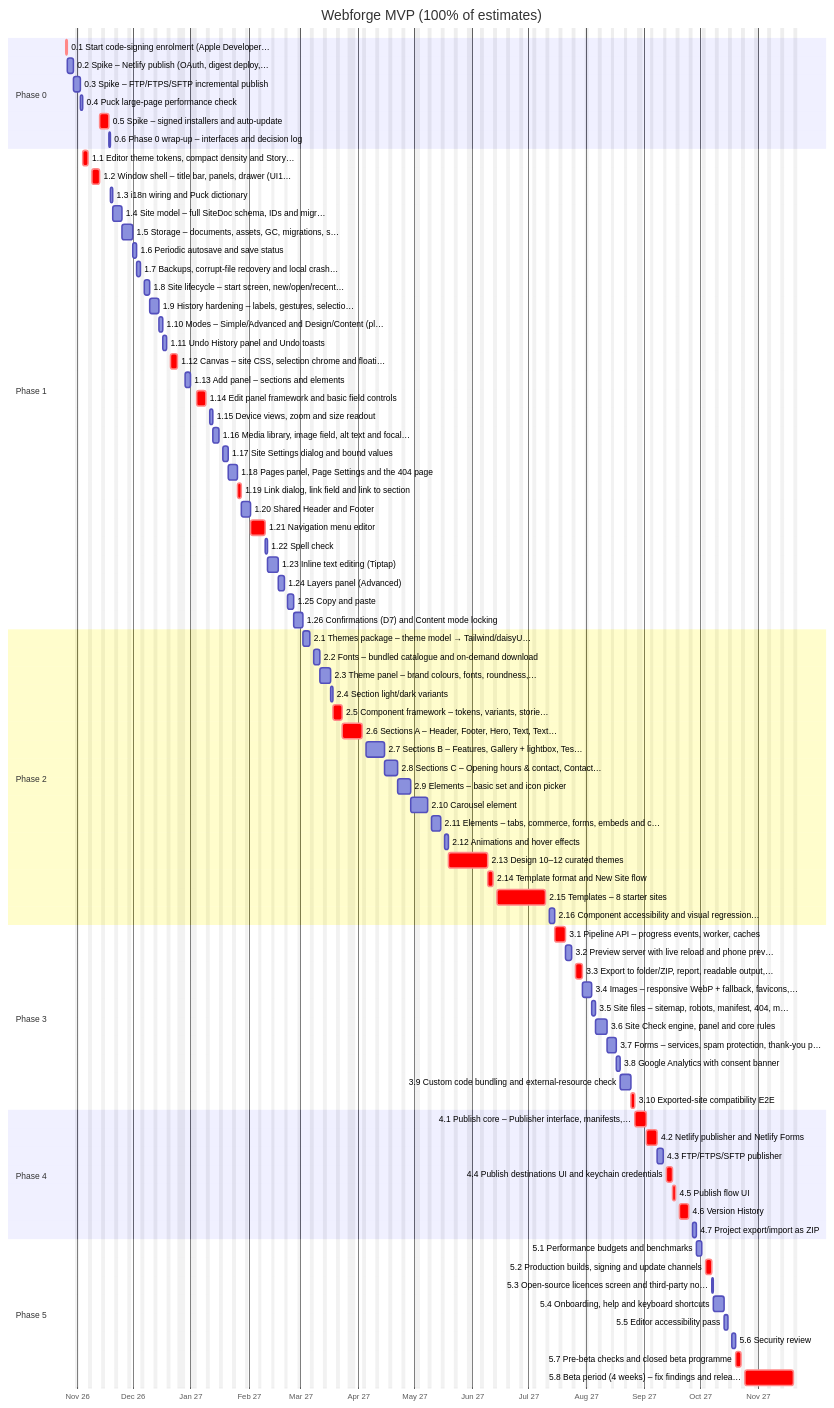
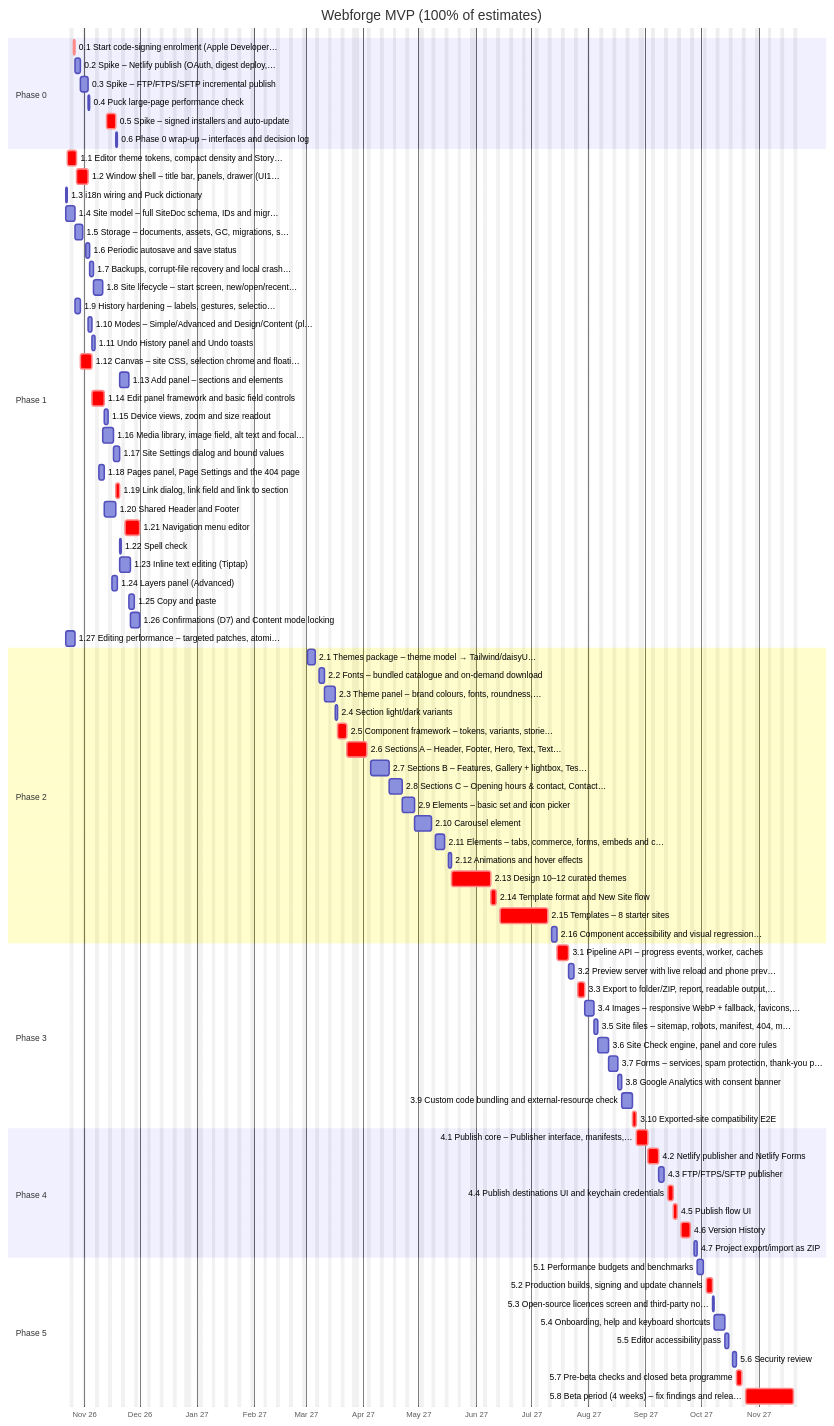
The diagram in spec/04-implementation-plan.md (nexustech/webforge), drawn with Mermaid before and after one commit. The commit also changed other lines of this file and 2 other files, not shown here.

Commit message:
docs(spec): plan Phase 1 as three concurrent streams
- spec/04: three streams with ownership and order, one item in progress
  per stream; Phase 1 dates 22 Oct-30 Nov 2026 (+25%: 9 Dec), effort
  82 days; new item 1.27 (editing performance, ADR 0007); 1.16 and 1.20
  re-estimated to 4 days; 1.9 depends on 1.27; Gantt updated
- fix references: 1.26 cites F-ED-10 (Content mode), 1.16 adds G14,
  the coverage table follows; R6 points at 1.5 for the sync-folder
  warning
- spec/02 F-SET-1 lists opening hours, as item 1.17 does
- research/stack/04: the shared Header/Footer are .wforge documents

```diff
--- a/spec/04-implementation-plan.md
+++ b/spec/04-implementation-plan.md
@@ -71,32 +73,33 @@
     0.5 Spike – signed installers and auto-update :crit, t0_5, 2026-11-13, 3d
     0.6 Phase 0 wrap-up – interfaces and decision log :t0_6, 2026-11-18, 1d
     section Phase 1
-    1.1 Editor theme tokens, compact density and Story… :crit, t1_1, 2026-11-04, 3d
-    1.2 Window shell – title bar, panels, drawer (UI1… :crit, t1_2, 2026-11-09, 4d
-    1.3 i18n wiring and Puck dictionary :t1_3, 2026-11-19, 1d
-    1.4 Site model – full SiteDoc schema, IDs and migr… :t1_4, 2026-11-20, 3d
-    1.5 Storage – documents, assets, GC, migrations, s… :t1_5, 2026-11-25, 4d
-    1.6 Periodic autosave and save status :t1_6, 2026-12-01, 2d
-    1.7 Backups, corrupt-file recovery and local crash… :t1_7, 2026-12-03, 2d
-    1.8 Site lifecycle – start screen, new/open/recent… :t1_8, 2026-12-07, 3d
-    1.9 History hardening – labels, gestures, selectio… :t1_9, 2026-12-10, 3d
-    1.10 Modes – Simple/Advanced and Design/Content (pl… :t1_10, 2026-12-15, 2d
-    1.11 Undo History panel and Undo toasts :t1_11, 2026-12-17, 2d
-    1.12 Canvas – site CSS, selection chrome and floati… :crit, t1_12, 2026-12-21, 4d
-    1.13 Add panel – sections and elements :t1_13, 2026-12-29, 3d
-    1.14 Edit panel framework and basic field controls :crit, t1_14, 2027-01-04, 5d
-    1.15 Device views, zoom and size readout :t1_15, 2027-01-11, 2d
-    1.16 Media library, image field, alt text and focal… :t1_16, 2027-01-13, 3d
-    1.17 Site Settings dialog and bound values :t1_17, 2027-01-18, 3d
-    1.18 Pages panel, Page Settings and the 404 page :t1_18, 2027-01-21, 3d
-    1.19 Link dialog, link field and link to section :crit, t1_19, 2027-01-26, 2d
-    1.20 Shared Header and Footer :t1_20, 2027-01-28, 3d
-    1.21 Navigation menu editor :crit, t1_21, 2027-02-02, 6d
-    1.22 Spell check :t1_22, 2027-02-10, 1d
-    1.23 Inline text editing (Tiptap) :t1_23, 2027-02-11, 4d
-    1.24 Layers panel (Advanced) :t1_24, 2027-02-17, 3d
-    1.25 Copy and paste :t1_25, 2027-02-22, 3d
-    1.26 Confirmations (D7) and Content mode locking :t1_26, 2027-02-25, 3d
+    1.1 Editor theme tokens, compact density and Story… :crit, t1_1, 2026-10-23, 3d
+    1.2 Window shell – title bar, panels, drawer (UI1… :crit, t1_2, 2026-10-28, 4d
+    1.3 i18n wiring and Puck dictionary :t1_3, 2026-10-22, 1d
+    1.4 Site model – full SiteDoc schema, IDs and migr… :t1_4, 2026-10-22, 3d
+    1.5 Storage – documents, assets, GC, migrations, s… :t1_5, 2026-10-27, 4d
+    1.6 Periodic autosave and save status :t1_6, 2026-11-02, 2d
+    1.7 Backups, corrupt-file recovery and local crash… :t1_7, 2026-11-04, 2d
+    1.8 Site lifecycle – start screen, new/open/recent… :t1_8, 2026-11-06, 3d
+    1.9 History hardening – labels, gestures, selectio… :t1_9, 2026-10-27, 3d
+    1.10 Modes – Simple/Advanced and Design/Content (pl… :t1_10, 2026-11-03, 2d
+    1.11 Undo History panel and Undo toasts :t1_11, 2026-11-05, 2d
+    1.12 Canvas – site CSS, selection chrome and floati… :crit, t1_12, 2026-10-30, 4d
+    1.13 Add panel – sections and elements :t1_13, 2026-11-20, 3d
+    1.14 Edit panel framework and basic field controls :crit, t1_14, 2026-11-05, 5d
+    1.15 Device views, zoom and size readout :t1_15, 2026-11-12, 2d
+    1.16 Media library, image field, alt text and focal… :t1_16, 2026-11-11, 4d
+    1.17 Site Settings dialog and bound values :t1_17, 2026-11-17, 3d
+    1.18 Pages panel, Page Settings and the 404 page :t1_18, 2026-11-09, 3d
+    1.19 Link dialog, link field and link to section :crit, t1_19, 2026-11-18, 2d
+    1.20 Shared Header and Footer :t1_20, 2026-11-12, 4d
+    1.21 Navigation menu editor :crit, t1_21, 2026-11-23, 6d
+    1.22 Spell check :t1_22, 2026-11-20, 1d
+    1.23 Inline text editing (Tiptap) :t1_23, 2026-11-20, 4d
+    1.24 Layers panel (Advanced) :t1_24, 2026-11-16, 3d
+    1.25 Copy and paste :t1_25, 2026-11-25, 3d
+    1.26 Confirmations (D7) and Content mode locking :t1_26, 2026-11-26, 3d
+    1.27 Editing performance – targeted patches, atomi… :t1_27, 2026-10-22, 3d
     section Phase 2
     2.1 Themes package – theme model → Tailwind/daisyU… :t2_1, 2027-03-02, 4d
     2.2 Fonts – bundled catalogue and on-demand download :t2_2, 2027-03-08, 3d
```
